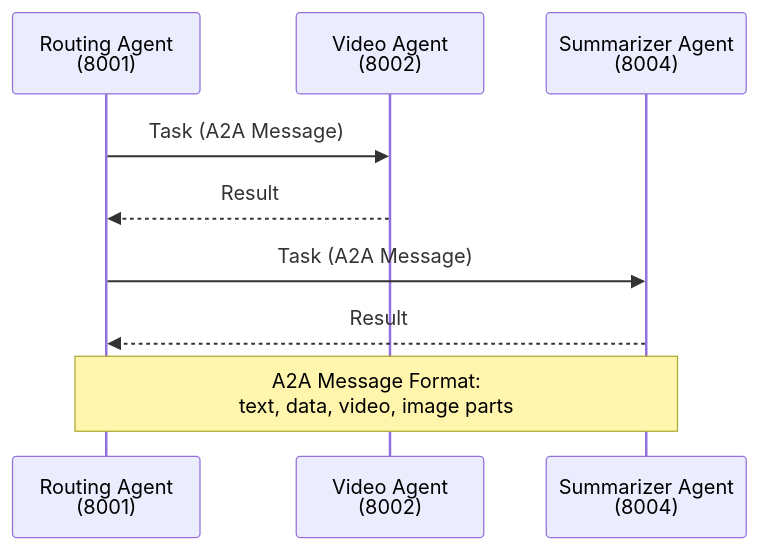
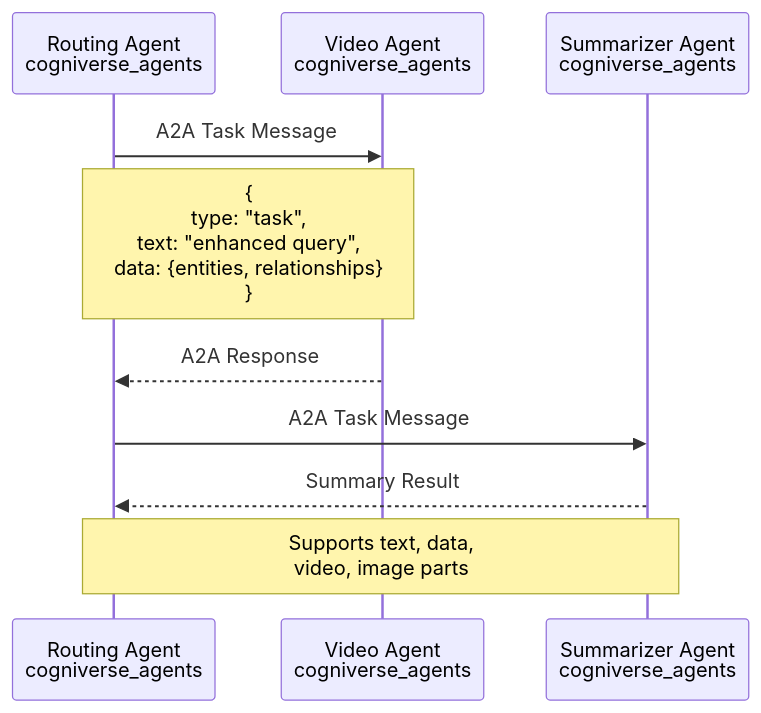
One commit to amit-jain/cogniverse changed the sixth of 6 diagrams in docs/architecture/overview.md. Above: the diagram before and after it, drawn with Mermaid. The commit also changed other lines of this file and 25 other files, not shown here.

````diff
--- a/docs/architecture/overview.md
+++ b/docs/architecture/overview.md
@@ -70,14 +383,15 @@
 ```mermaid
 sequenceDiagram
-    participant Routing as Routing Agent<br/>(8001)
-    participant Video as Video Agent<br/>(8002)
-    participant Summ as Summarizer Agent<br/>(8004)
+    participant Routing as Routing Agent<br/>cogniverse_agents
+    participant Video as Video Agent<br/>cogniverse_agents
+    participant Summ as Summarizer Agent<br/>cogniverse_agents
 
-    Routing->>Video: Task (A2A Message)
-    Video-->>Routing: Result
+    Routing->>Video: A2A Task Message
+    Note over Routing,Video: {<br/> type: "task",<br/> text: "enhanced query",<br/> data: {entities, relationships}<br/>}
+    Video-->>Routing: A2A Response
 
-    Routing->>Summ: Task (A2A Message)
-    Summ-->>Routing: Result
+    Routing->>Summ: A2A Task Message
+    Summ-->>Routing: Summary Result
 
-    Note over Routing,Summ: A2A Message Format:<br/>text, data, video, image parts
+    Note over Routing,Summ: Supports text, data,<br/>video, image parts
 ```
````
